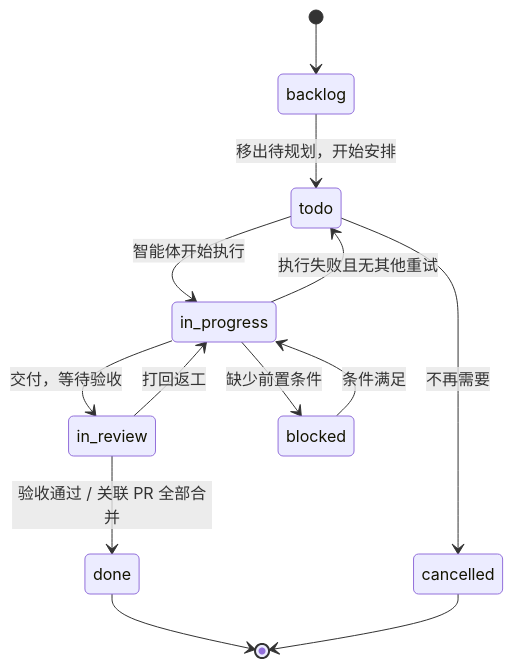
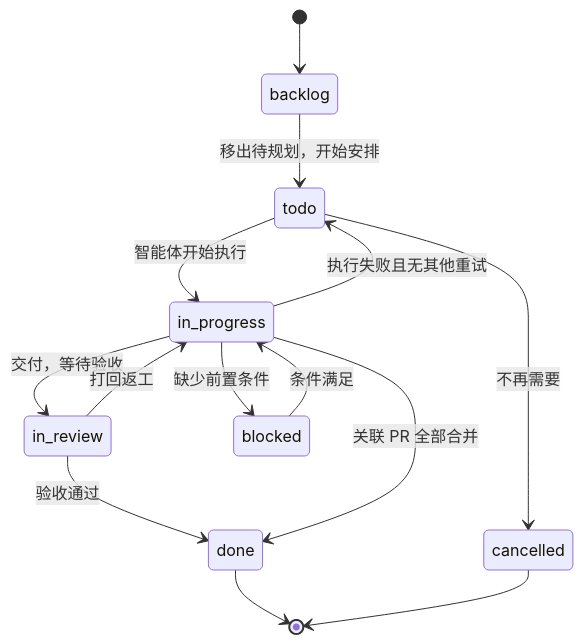
One commit to EagleClark/blog changed the fourth of 5 diagrams in article/ai/Multica入门教程/index.md. Above: the diagram before and after it, drawn with Mermaid. The commit also changed other lines of this file, not shown here.

````diff
--- a/article/ai/Multica入门教程/index.md
+++ b/article/ai/Multica入门教程/index.md
@@ -498,15 +499,16 @@
 ```mermaid
 stateDiagram-v2
     [*] --> backlog
     backlog --> todo: 移出待规划，开始安排
     todo --> in_progress: 智能体开始执行
     in_progress --> in_review: 交付，等待验收
     in_progress --> todo: 执行失败且无其他重试
     in_review --> in_progress: 打回返工
-    in_review --> done: 验收通过 / 关联 PR 全部合并
+    in_review --> done: 验收通过
+    in_progress --> done: 关联 PR 全部合并
     todo --> cancelled: 不再需要
     in_progress --> blocked: 缺少前置条件
     blocked --> in_progress: 条件满足
     done --> [*]
     cancelled --> [*]
 ```
````
